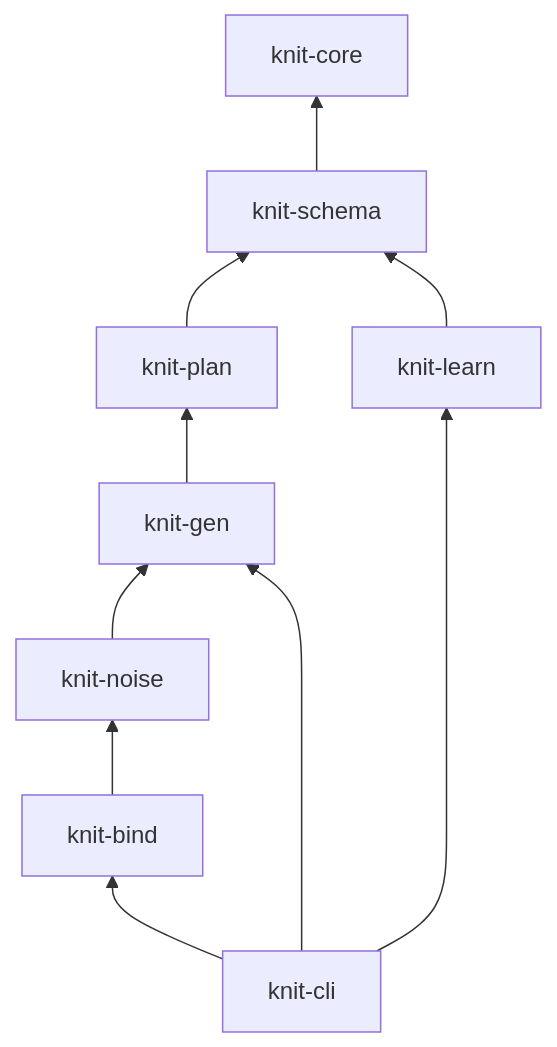
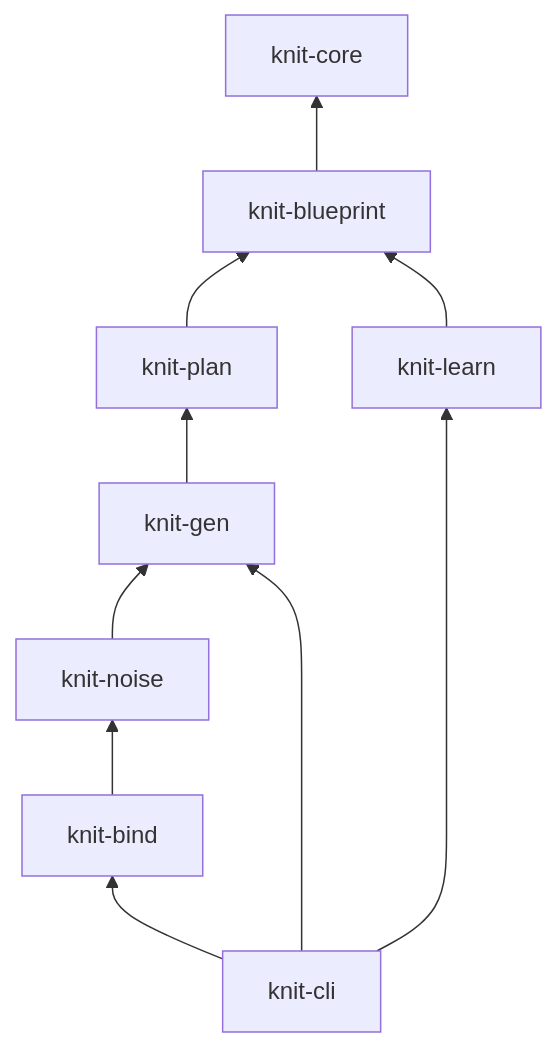
The fourth of 6 diagrams in agents.md (Yaming-Hub/knit), drawn with Mermaid before and after one commit. The commit also changed other lines of this file and 99 other files, not shown here.

First line of the commit message:
refactor: rename 'schema' to 'blueprint' throughout codebase (#235)

````diff
--- a/agents.md
+++ b/agents.md
@@ -175,11 +175,11 @@
 ```mermaid
 flowchart BT
     core[knit-core]
-    schema[knit-schema] --> core
+    schema[knit-blueprint] --> core
     plan[knit-plan] --> schema
     gen[knit-gen] --> plan
     noise[knit-noise] --> gen
     bind[knit-bind] --> noise
     learn[knit-learn] --> schema
     cli[knit-cli] --> gen & learn & bind
 ```
````
